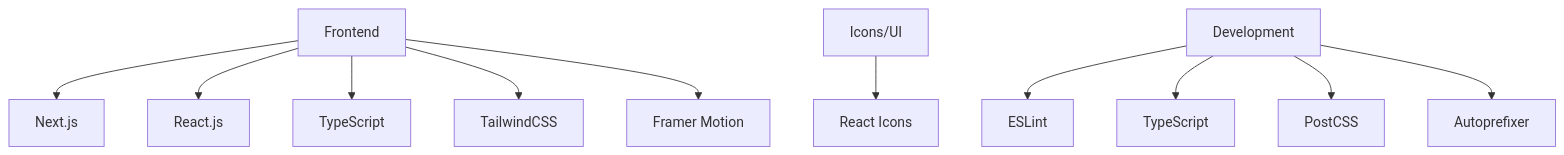
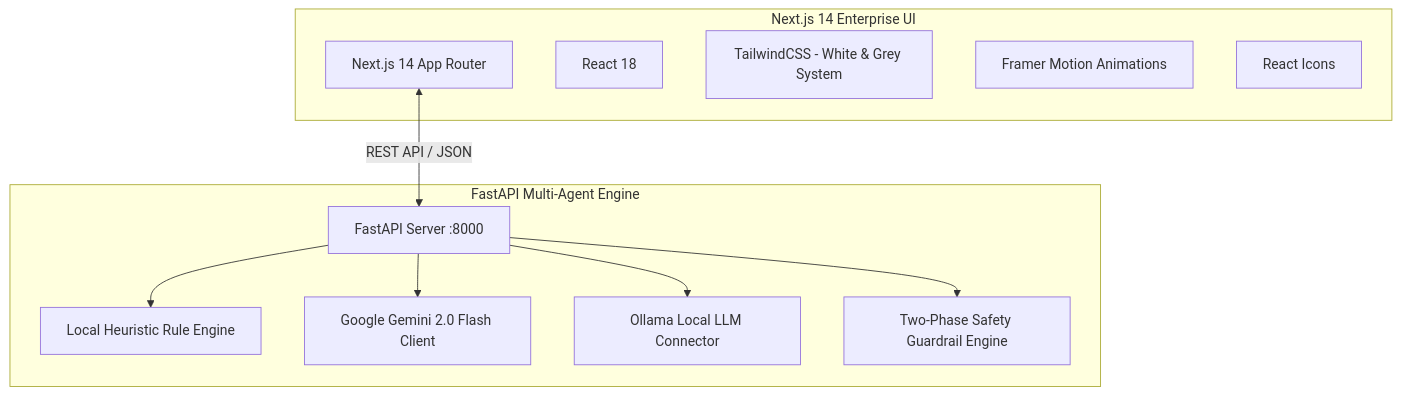
One commit to prathamesh633/AI_Agents_For_DevOps changed the diagram in README.md. Above: the diagram before and after it, drawn with Mermaid. The commit also changed other lines of this file and 5 other files, not shown here.

````diff
--- a/README.md
+++ b/README.md
@@ -165,13 +115,24 @@
 ```mermaid
 graph TD
-    A[Frontend] --> B[Next.js]
-    A --> C[React.js]
-    A --> D[TypeScript]
-    A --> E[TailwindCSS]
-    A --> F[Framer Motion]
-    G[Icons/UI] --> H[React Icons]
-    I[Development] --> J[ESLint]
-    I --> K[TypeScript]
-    I --> L[PostCSS]
-    I --> M[Autoprefixer]
+    subgraph Frontend [Next.js 14 Enterprise UI]
+        A[Next.js 14 App Router]
+        B[React 18]
+        C[TailwindCSS - White & Grey System]
+        D[Framer Motion Animations]
+        E[React Icons]
+    end
+
+    subgraph Backend [FastAPI Multi-Agent Engine]
+        F[FastAPI Server :8000]
+        G[Local Heuristic Rule Engine]
+        H[Google Gemini 2.0 Flash Client]
+        I[Ollama Local LLM Connector]
+        J[Two-Phase Safety Guardrail Engine]
+    end
+
+    A <-->|REST API / JSON| F
+    F --> G
+    F --> H
+    F --> I
+    F --> J
 ```
````
